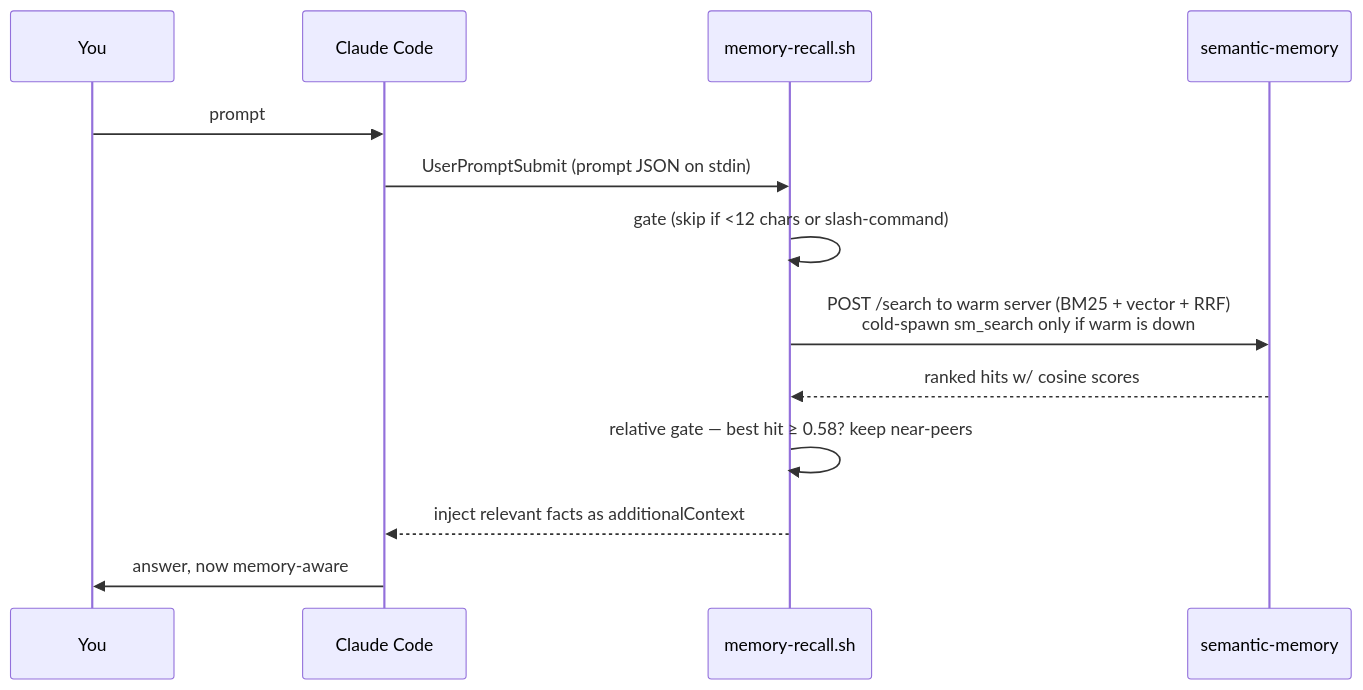
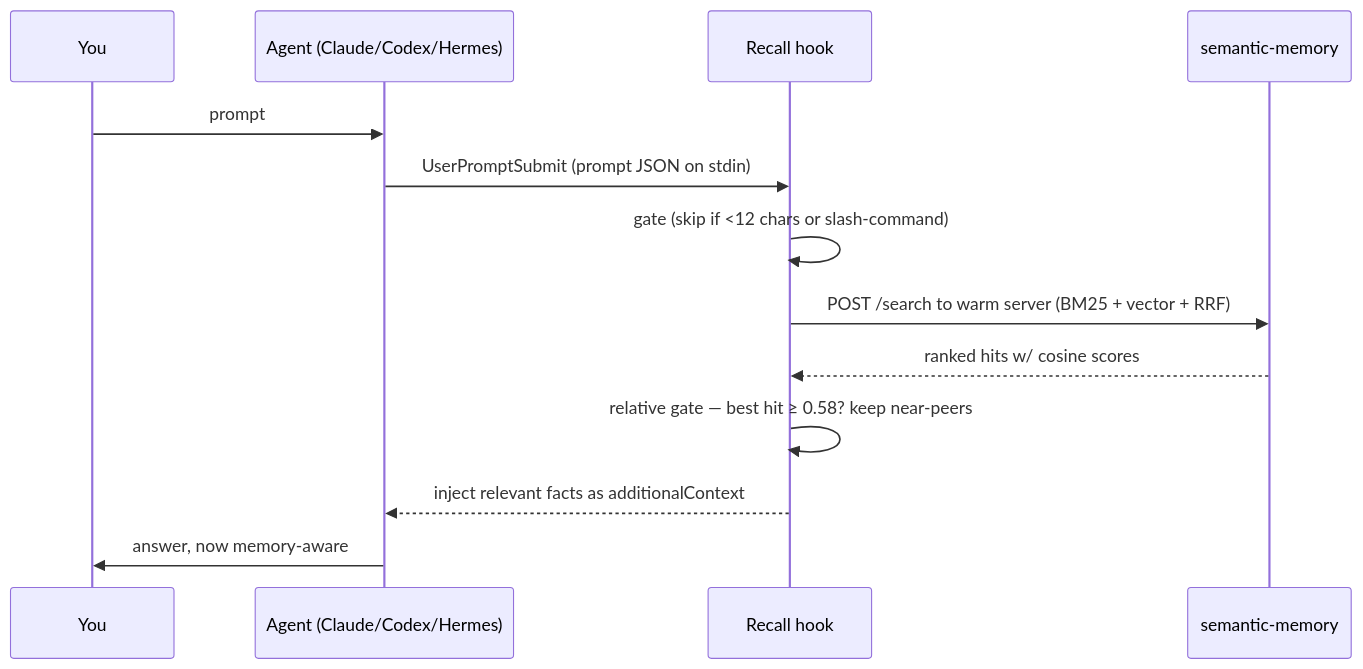
One commit to RecursiveIntell/agent-memory-kits changed the second of 4 diagrams in README.md. Above: the diagram before and after it, drawn with Mermaid. The commit also changed other lines of this file and 2 other files, not shown here.

Commit message:
feat: rename repo to agent-memory-kits, polish README with architecture diagrams

````diff
--- a/README.md
+++ b/README.md
@@ -100,15 +116,15 @@
 ```mermaid
 sequenceDiagram
     participant U as You
-    participant CC as Claude Code
-    participant Hook as memory-recall.sh
+    participant A as Agent (Claude/Codex/Hermes)
+    participant H as Recall hook
     participant SM as semantic-memory
-    U->>CC: prompt
-    CC->>Hook: UserPromptSubmit (prompt JSON on stdin)
-    Hook->>Hook: gate (skip if <12 chars or slash-command)
-    Hook->>SM: POST /search to warm server (BM25 + vector + RRF)<br/>cold-spawn sm_search only if warm is down
-    SM-->>Hook: ranked hits w/ cosine scores
-    Hook->>Hook: relative gate — best hit ≥ 0.58? keep near-peers
-    Hook-->>CC: inject relevant facts as additionalContext
-    CC->>U: answer, now memory-aware
+    U->>A: prompt
+    A->>H: UserPromptSubmit (prompt JSON on stdin)
+    H->>H: gate (skip if <12 chars or slash-command)
+    H->>SM: POST /search to warm server (BM25 + vector + RRF)
+    SM-->>H: ranked hits w/ cosine scores
+    H->>H: relative gate — best hit ≥ 0.58? keep near-peers
+    H-->>A: inject relevant facts as additionalContext
+    A->>U: answer, now memory-aware
 ```
````
